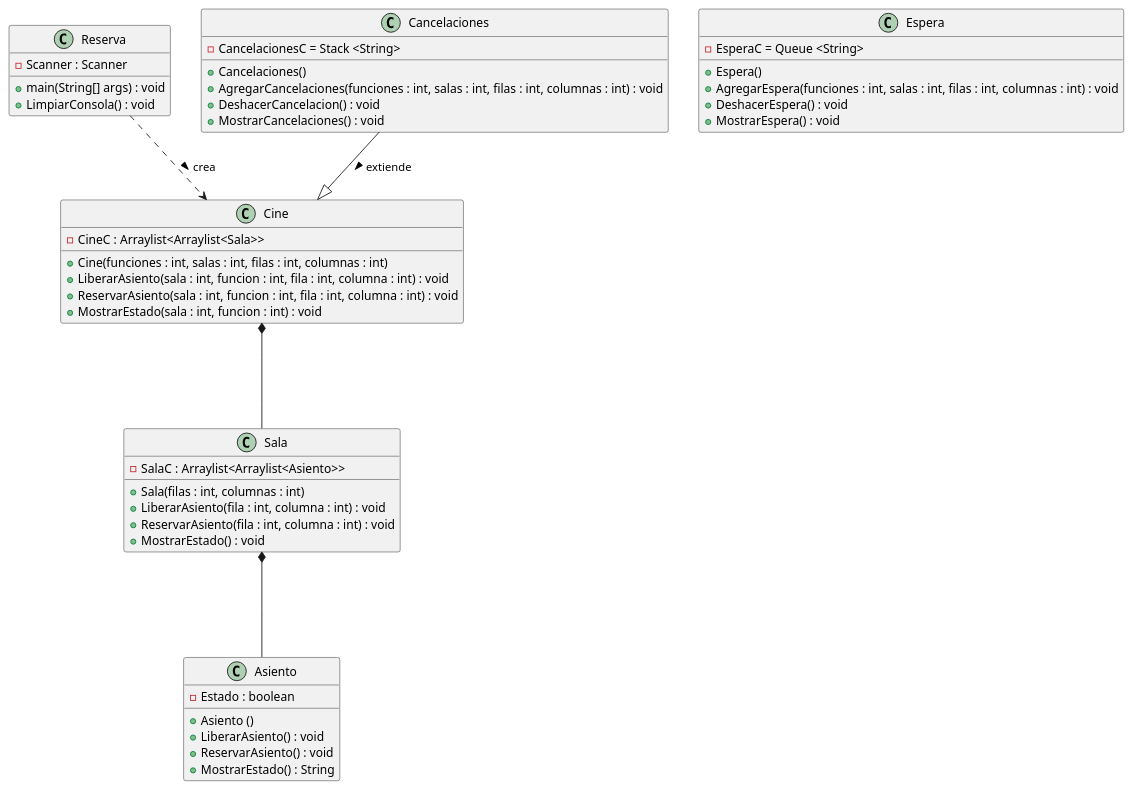
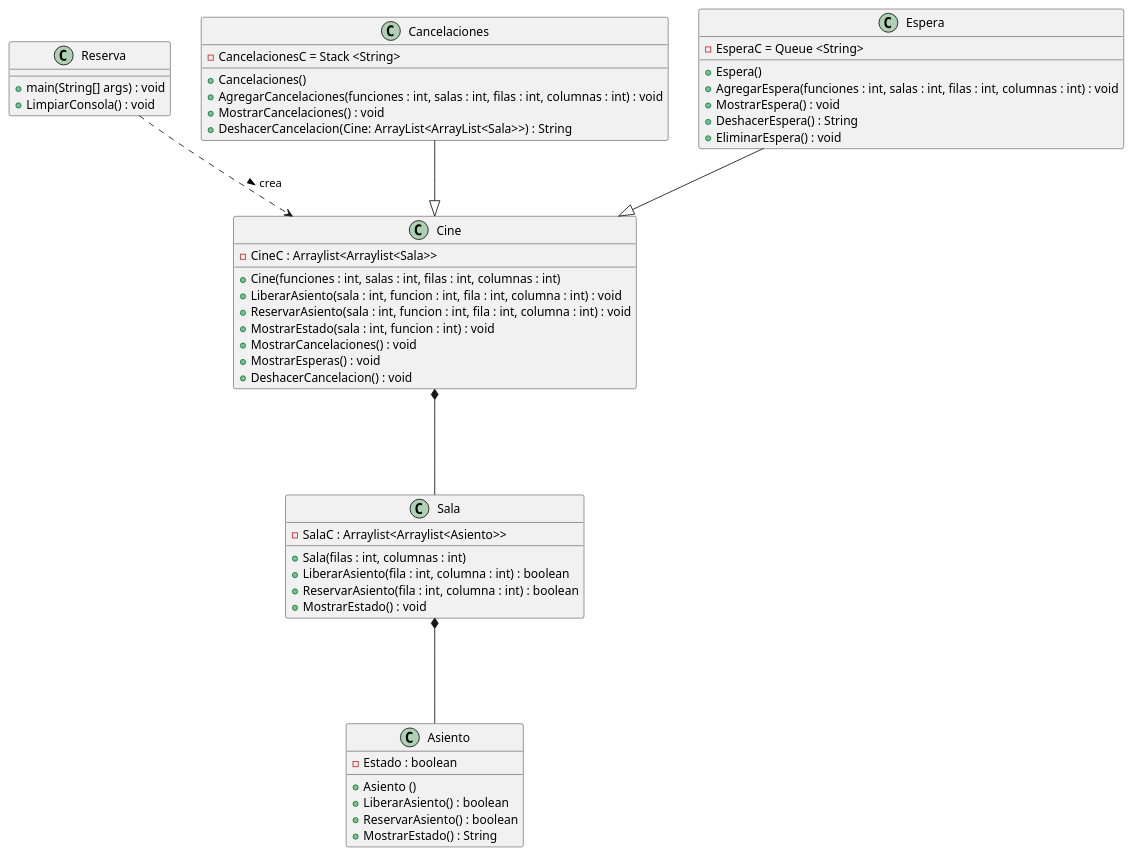
One commit to Kuripipeer/PR_Sistema_de_reservas_cine changed the diagram in bin/Diagrama_Cine.puml. Above: the diagram before and after it, drawn with PlantUML. The commit also changed 11 other files, not shown here.

```diff
--- a/bin/Diagrama_Cine.puml
+++ b/bin/Diagrama_Cine.puml
@@ -1,55 +1,59 @@
 @startuml Sistema de reservas para cine
 
 class Asiento {
 
     - Estado : boolean
     + Asiento ()
-    + LiberarAsiento() : void
-    + ReservarAsiento() : void
+    + LiberarAsiento() : boolean
+    + ReservarAsiento() : boolean
     + MostrarEstado() : String
 }
 
 class Sala{
     - SalaC : Arraylist<Arraylist<Asiento>>
     + Sala(filas : int, columnas : int)
-    + LiberarAsiento(fila : int, columna : int) : void
-    + ReservarAsiento(fila : int, columna : int) : void
+    + LiberarAsiento(fila : int, columna : int) : boolean
+    + ReservarAsiento(fila : int, columna : int) : boolean
     + MostrarEstado() : void
 }
 
 class Cine{
     - CineC : Arraylist<Arraylist<Sala>>
     + Cine(funciones : int, salas : int, filas : int, columnas : int)
     + LiberarAsiento(sala : int, funcion : int, fila : int, columna : int) : void
     + ReservarAsiento(sala : int, funcion : int, fila : int, columna : int) : void
     + MostrarEstado(sala : int, funcion : int) : void
+    + MostrarCancelaciones() : void
+    + MostrarEsperas() : void
+    + DeshacerCancelacion() : void
 }
 
 class Reserva {
-    - Scanner : Scanner
     + main(String[] args) : void
     + LimpiarConsola() : void
 }
 
 class Cancelaciones{
     - CancelacionesC = Stack <String>
     + Cancelaciones()
     + AgregarCancelaciones(funciones : int, salas : int, filas : int, columnas : int) : void
-    + DeshacerCancelacion() : void
     + MostrarCancelaciones() : void
+    + DeshacerCancelacion(Cine: ArrayList<ArrayList<Sala>>) : String
 }
 
 class Espera{
     - EsperaC = Queue <String>
     + Espera()
     + AgregarEspera(funciones : int, salas : int, filas : int, columnas : int) : void
-    + DeshacerEspera() : void
     + MostrarEspera() : void
+    + DeshacerEspera() : String
+    + EliminarEspera() : void
 }
 
 Cine *--- Sala
 Sala *--- Asiento
 Reserva ..> Cine : crea >
-Cancelaciones --|> Cine : extiende >
+Cancelaciones --|> Cine 
+Espera --|> Cine 
 
 @enduml
```
